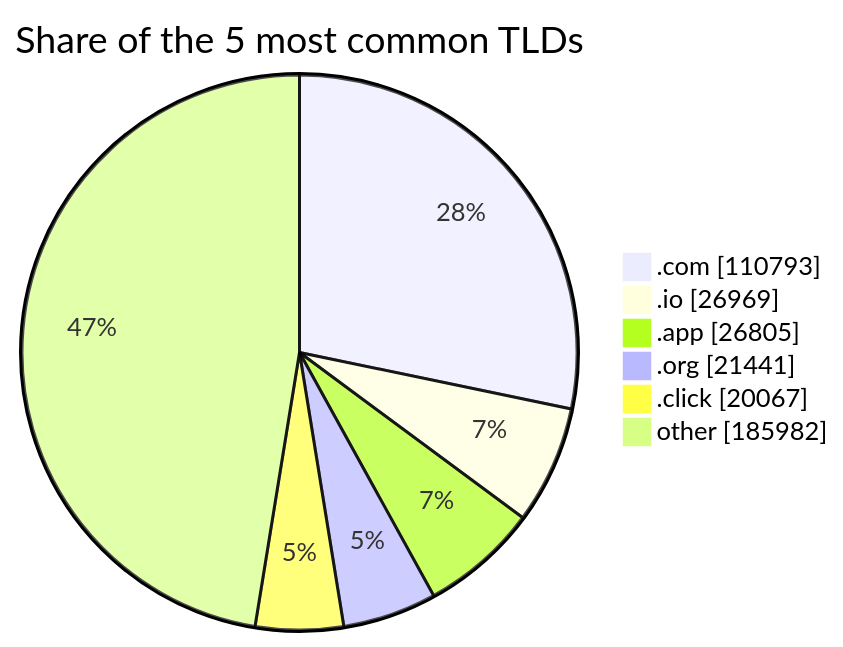
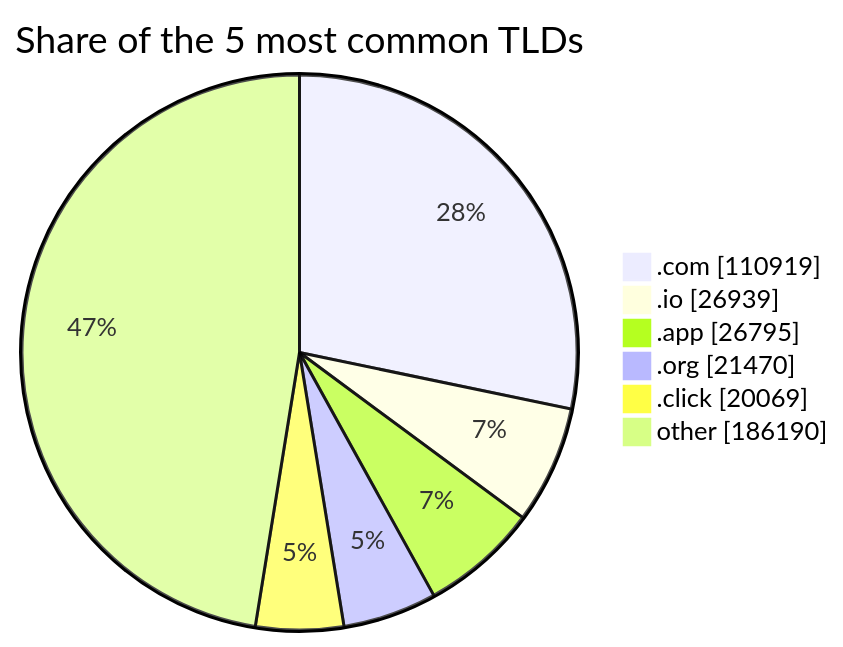
Before and after one commit to DNSBunker/CTI: the third of 3 diagrams in README.md, drawn with Mermaid. The commit also changed other lines of this file and 3 other files, not shown here.

````diff
--- a/README.md
+++ b/README.md
@@ -81,9 +81,9 @@
 ```mermaid
 pie showData title Share of the 5 most common TLDs
-    ".com" : 110793
-    ".io" : 26969
-    ".app" : 26805
-    ".org" : 21441
-    ".click" : 20067
-    "other" : 185982
+    ".com" : 110919
+    ".io" : 26939
+    ".app" : 26795
+    ".org" : 21470
+    ".click" : 20069
+    "other" : 186190
 ```
````
